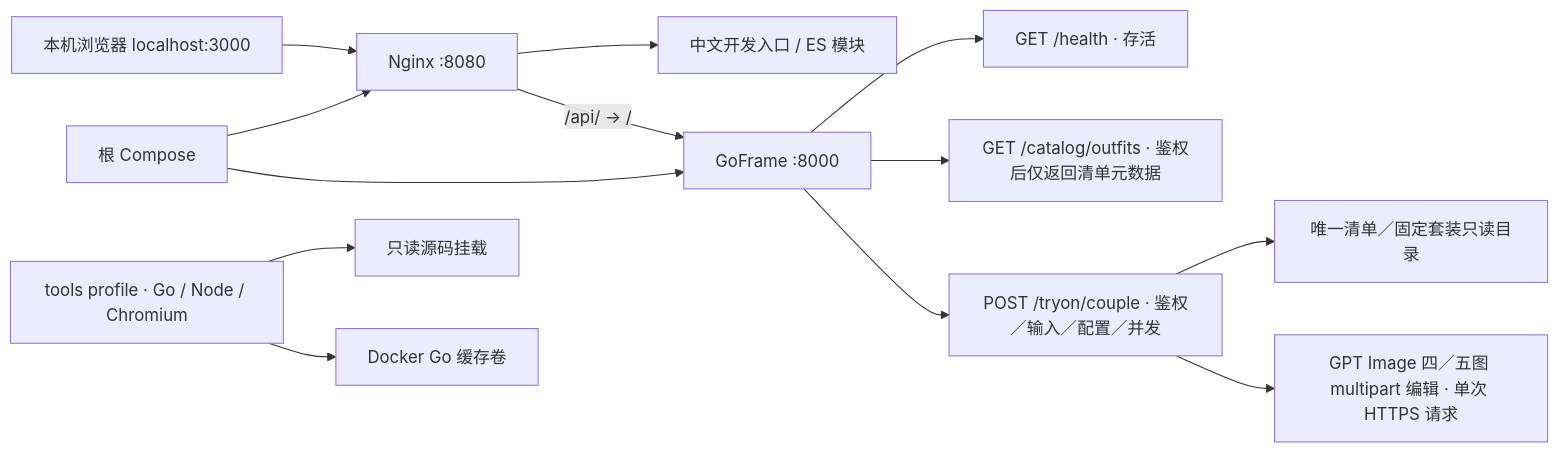
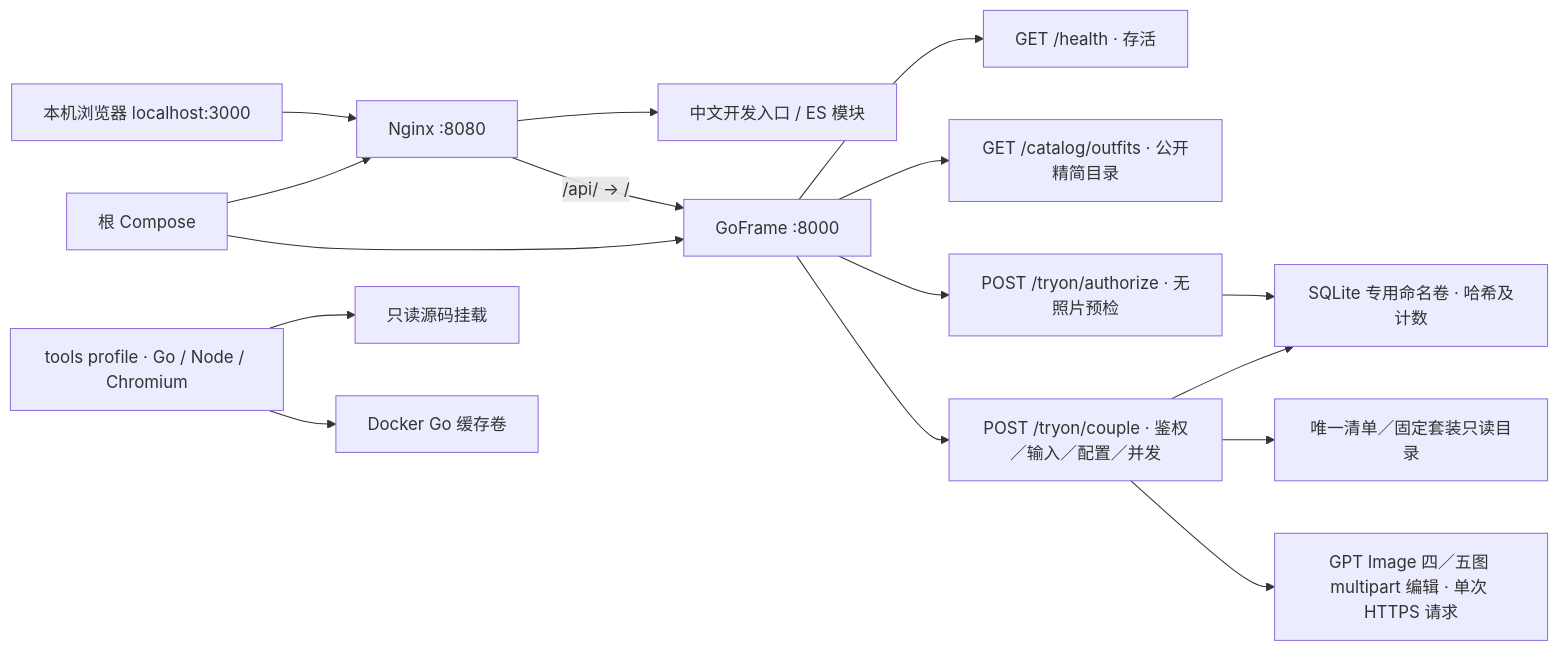
The diagram in docs/Project_Architecture_Blueprint.md (ZT1314888/VowMirror), drawn with Mermaid before and after one commit. The commit also changed other lines of this file and 64 other files, not shown here.

````diff
--- a/docs/Project_Architecture_Blueprint.md
+++ b/docs/Project_Architecture_Blueprint.md
@@ -7,15 +7,18 @@
 ```mermaid
 flowchart LR
   Browser["本机浏览器 localhost:3000"] --> Web["Nginx :8080"]
   Web --> Static["中文开发入口 / ES 模块"]
   Web -->|"/api/ → /"| Backend["GoFrame :8000"]
   Backend --> Health["GET /health · 存活"]
-  Backend --> Catalog["GET /catalog/outfits · 鉴权后仅返回清单元数据"]
+  Backend --> Catalog["GET /catalog/outfits · 公开精简目录"]
+  Backend --> Authorize["POST /tryon/authorize · 无照片预检"]
+  Authorize --> Usage["SQLite 专用命名卷 · 哈希及计数"]
   Backend --> Couple["POST /tryon/couple · 鉴权／输入／配置／并发"]
+  Couple --> Usage
   Couple --> Outfits["唯一清单／固定套装只读目录"]
   Couple --> GPTImage["GPT Image 四／五图 multipart 编辑 · 单次 HTTPS 请求"]
   Compose["根 Compose"] --> Web
   Compose --> Backend
   Tools["tools profile · Go / Node / Chromium"] --> Source["只读源码挂载"]
   Tools --> Cache["Docker Go 缓存卷"]
 ```
````
